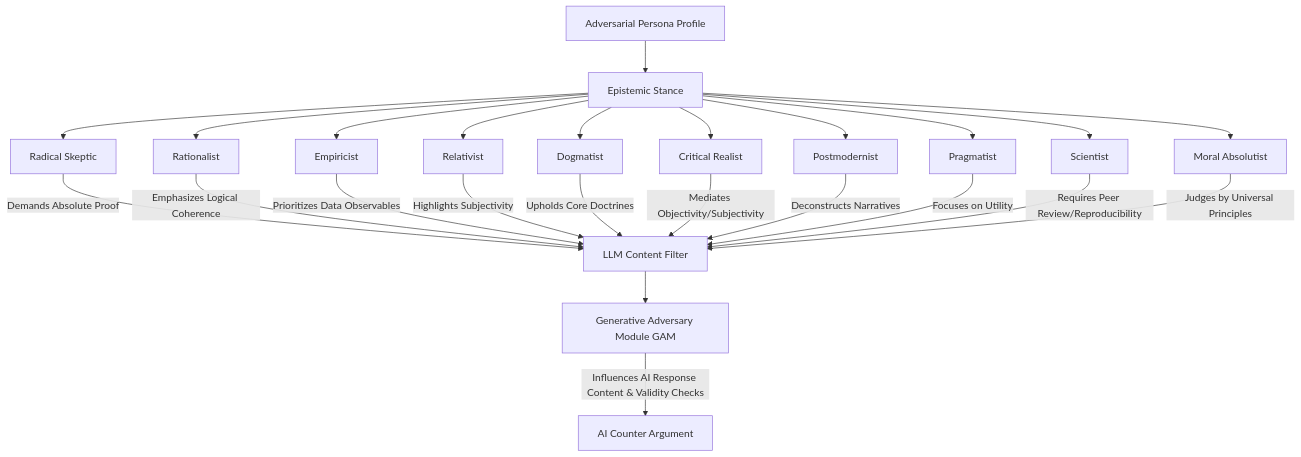
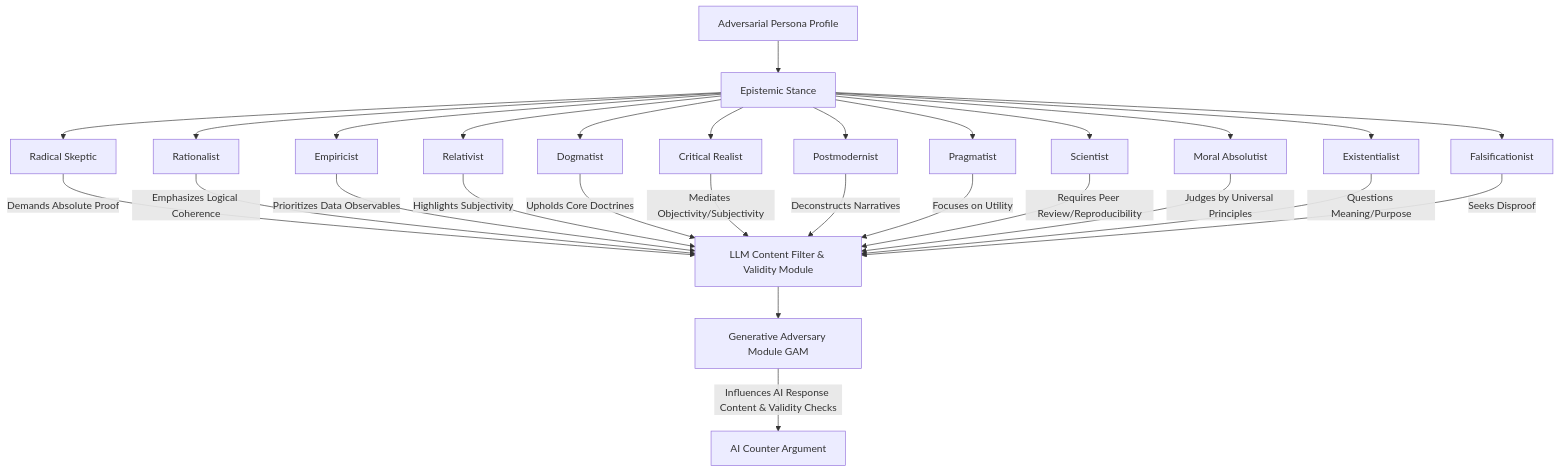
One commit to diplomat-bit/Citibank_Demo_Business_Inc_Demonstration- changed the third of 13 diagrams in inventions/018_ai_debate_adversary/adversarial_persona_strategy.md. Above: the diagram before and after it, drawn with Mermaid. The commit also changed other lines of this file, not shown here.

Commit message:
[AI] Edit: inventions/018_ai_debate_adversary/adversarial_persona_strategy.md

````diff
--- a/inventions/018_ai_debate_adversary/adversarial_persona_strategy.md
+++ b/inventions/018_ai_debate_adversary/adversarial_persona_strategy.md
@@ -170,27 +234,31 @@
 ```mermaid
 graph TD
     A[Adversarial Persona Profile] --> B[Epistemic Stance];
     B --> C[Radical Skeptic];
     B --> D[Rationalist];
     B --> E[Empiricist];
     B --> F[Relativist];
     B --> G[Dogmatist];
     B --> H[Critical Realist];
     B --> I[Postmodernist];
     B --> J[Pragmatist];
     B --> K[Scientist];
     B --> L[Moral Absolutist];
+    B --> M[Existentialist];
+    B --> N[Falsificationist];
 
-    C -- Demands Absolute Proof --> M[LLM Content Filter];
-    D -- Emphasizes Logical Coherence --> M;
-E -- Prioritizes Data Observables --> M;
-F -- Highlights Subjectivity --> M;
-G -- Upholds Core Doctrines --> M;
-H -- Mediates Objectivity/Subjectivity --> M;
-I -- Deconstructs Narratives --> M;
-J -- Focuses on Utility --> M;
-K -- Requires Peer Review/Reproducibility --> M;
-L -- Judges by Universal Principles --> M;
-M --> N[Generative Adversary Module GAM];
-N -- Influences AI Response Content & Validity Checks --> O[AI Counter Argument];
+    C -- Demands Absolute Proof --> Q[LLM Content Filter & Validity Module];
+    D -- Emphasizes Logical Coherence --> Q;
+E -- Prioritizes Data Observables --> Q;
+F -- Highlights Subjectivity --> Q;
+G -- Upholds Core Doctrines --> Q;
+H -- Mediates Objectivity/Subjectivity --> Q;
+I -- Deconstructs Narratives --> Q;
+J -- Focuses on Utility --> Q;
+K -- Requires Peer Review/Reproducibility --> Q;
+L -- Judges by Universal Principles --> Q;
+M -- Questions Meaning/Purpose --> Q;
+N -- Seeks Disproof --> Q;
+Q --> R[Generative Adversary Module GAM];
+R -- Influences AI Response Content & Validity Checks --> S[AI Counter Argument];
 ```
````
